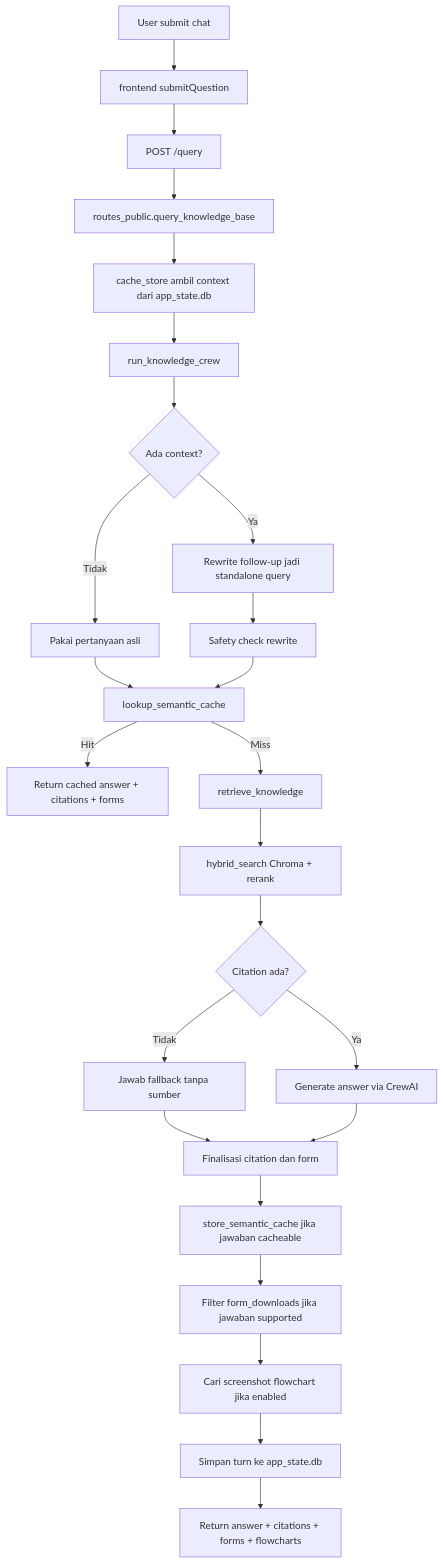
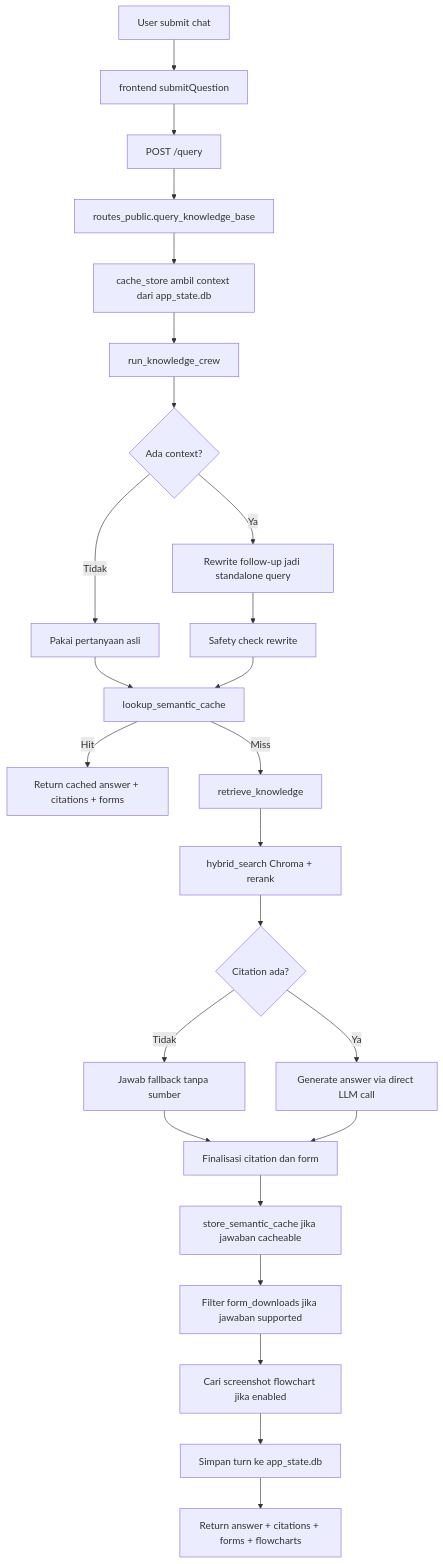
Before and after one commit to Akram17t/Internship: the first of 6 diagrams in Capstone/docs/SYSTEM_FLOWS.md, drawn with Mermaid. The commit also changed other lines of this file and 22 other files, not shown here.

````diff
--- a/Capstone/docs/SYSTEM_FLOWS.md
+++ b/Capstone/docs/SYSTEM_FLOWS.md
@@ -11,27 +11,27 @@
 ```mermaid
 flowchart TD
   A[User submit chat] --> B[frontend submitQuestion]
   B --> C[POST /query]
   C --> D[routes_public.query_knowledge_base]
   D --> E[cache_store ambil context dari app_state.db]
   E --> F[run_knowledge_crew]
   F --> G{Ada context?}
   G -->|Ya| H[Rewrite follow-up jadi standalone query]
   G -->|Tidak| I[Pakai pertanyaan asli]
   H --> J[Safety check rewrite]
   I --> K[lookup_semantic_cache]
   J --> K
   K -->|Hit| L[Return cached answer + citations + forms]
   K -->|Miss| M[retrieve_knowledge]
   M --> N[hybrid_search Chroma + rerank]
   N --> O{Citation ada?}
   O -->|Tidak| P[Jawab fallback tanpa sumber]
-  O -->|Ya| Q[Generate answer via CrewAI]
+  O -->|Ya| Q[Generate answer via direct LLM call]
   P --> R[Finalisasi citation dan form]
   Q --> R
   R --> S[store_semantic_cache jika jawaban cacheable]
   S --> T[Filter form_downloads jika jawaban supported]
   T --> U[Cari screenshot flowchart jika enabled]
   U --> V[Simpan turn ke app_state.db]
   V --> W[Return answer + citations + forms + flowcharts]
 ```
````
